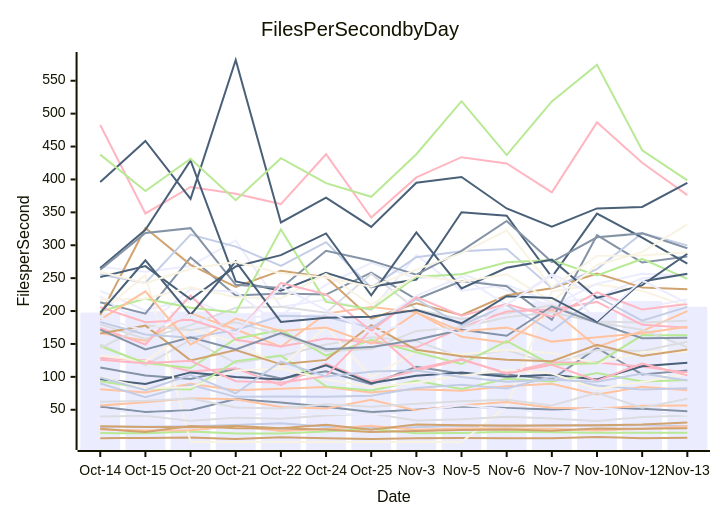
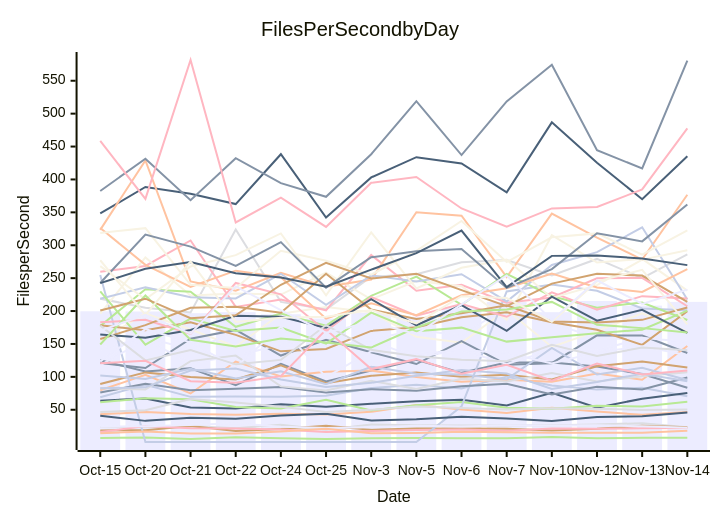
Before and after one commit to streetsidesoftware/cspell: the diagram in perf-report.md, drawn with Mermaid. The commit also changed other lines of this file and 2 other files, not shown here.

````diff
--- a/perf-report.md
+++ b/perf-report.md
@@ -11,57 +11,57 @@
 ```mermaid
 xychart-beta
     title Files Per Second by Day
     y-axis Files per Second
-    x-axis Date [Oct-14, Oct-15, Oct-20, Oct-21, Oct-22, Oct-24, Oct-25, Nov-3, Nov-5, Nov-6, Nov-7, Nov-10, Nov-12, Nov-13]
-    bar [197.65, 199.65, 199.37, 196.79, 198.31, 195.08, 188.50, 197.53, 191.30, 204.37, 213.67, 198.26, 215.23, 206.57]
-    line [114.09, 102.09, 96.85, 112.31, 97.68, 108.35, 88.82, 115.43, 104.61, 103.62, 96.31, 144.08, 103.66, 109.84]
-    line [81.28, 76.22, 89.41, 79.60, 82.04, 84.51, 76.34, 81.22, 78.86, 85.82, 89.51, 73.32, 84.82, 79.57]
-    line [149.59, 117.74, 156.35, 121.08, 131.79, 149.18, 160.21, 154.52, 129.77, 140.65, 119.71, 140.68, 139.42, 153.27]
-    line [14.53, 14.11, 17.05, 13.85, 14.03, 17.10, 21.05, 14.31, 14.75, 16.57, 15.81, 15.06, 15.24, 15.19]
-    line [6.65, 7.26, 7.96, 5.55, 8.36, 6.66, 5.63, 6.55, 6.95, 6.80, 6.70, 8.74, 6.68, 7.41]
-    line [23.92, 24.25, 24.95, 26.96, 29.32, 24.14, 22.37, 23.30, 25.53, 24.38, 26.29, 26.08, 26.42, 25.26]
-    line [128.51, 125.12, 108.27, 113.06, 87.44, 119.66, 93.04, 109.58, 126.12, 106.10, 121.67, 121.71, 115.58, 106.11]
-    line [96.45, 89.22, 106.77, 99.95, 95.97, 117.43, 90.38, 101.68, 106.46, 99.98, 103.28, 96.07, 116.03, 121.59]
-    line [197.08, 254.89, 1.00, 1.00, 1.00, 1.00, 1.00, 1.00, 1.00, 55.24, 229.88, 240.51, 230.78, 206.83]
-    line [230.72, 200.81, 218.77, 189.13, 193.68, 239.98, 273.35, 249.43, 256.58, 231.73, 207.54, 241.66, 256.57, 254.15]
-    line [54.60, 46.67, 49.27, 66.25, 61.14, 54.40, 46.46, 50.11, 54.79, 52.56, 50.32, 52.20, 51.35, 47.61]
-    line [19.97, 18.63, 18.81, 25.32, 17.74, 20.58, 25.51, 19.46, 21.60, 21.45, 21.30, 18.35, 21.09, 24.99]
-    line [39.68, 40.77, 33.11, 37.81, 36.24, 41.43, 44.03, 33.69, 35.67, 39.33, 36.78, 32.79, 39.05, 41.11]
-    line [93.39, 82.69, 80.94, 123.93, 132.34, 85.53, 79.17, 93.87, 81.75, 97.21, 92.97, 105.80, 92.86, 95.12]
-    line [20.97, 16.04, 25.16, 22.03, 21.51, 20.05, 16.33, 17.58, 19.22, 19.85, 18.09, 21.66, 21.06, 21.87]
-    line [89.92, 69.05, 88.06, 69.61, 70.25, 69.88, 71.42, 83.10, 87.87, 82.40, 100.31, 86.94, 80.60, 82.71]
-    line [482.80, 348.28, 388.55, 378.31, 362.57, 438.35, 342.13, 403.12, 433.88, 424.28, 380.40, 486.76, 425.45, 376.16]
-    line [395.99, 458.46, 370.45, 581.53, 334.74, 372.46, 327.93, 394.96, 403.82, 355.89, 328.31, 356.02, 358.21, 394.90]
-    line [132.46, 123.48, 172.40, 152.34, 114.90, 176.25, 99.39, 139.03, 134.52, 140.79, 136.42, 120.17, 137.59, 137.92]
-    line [267.21, 259.65, 268.53, 307.28, 206.33, 217.49, 201.10, 285.18, 230.89, 239.86, 212.69, 220.64, 249.81, 256.24]
-    line [213.47, 195.94, 281.48, 223.48, 226.53, 225.12, 258.41, 217.89, 245.63, 237.62, 186.76, 315.24, 273.68, 282.96]
-    line [166.56, 155.07, 196.36, 171.90, 145.85, 195.93, 206.22, 198.17, 161.08, 151.81, 202.09, 145.44, 169.46, 199.80]
-    line [179.72, 157.56, 178.54, 204.92, 206.57, 197.43, 256.60, 202.25, 187.81, 196.52, 208.74, 184.16, 182.55, 185.23]
-    line [146.49, 121.12, 113.50, 158.05, 171.36, 132.38, 156.15, 137.28, 119.47, 154.44, 118.56, 120.82, 163.18, 163.36]
-    line [194.13, 326.19, 270.15, 236.87, 261.40, 251.33, 188.47, 211.71, 193.66, 223.97, 234.72, 257.12, 235.87, 233.02]
-    line [255.64, 242.67, 316.16, 297.94, 268.60, 304.78, 235.63, 281.78, 290.77, 294.19, 235.16, 263.73, 318.29, 299.77]
-    line [174.22, 149.10, 223.58, 156.27, 146.04, 158.31, 152.20, 144.51, 175.00, 199.16, 202.30, 213.91, 179.15, 174.60]
-    line [265.30, 323.42, 429.01, 245.01, 230.93, 258.25, 236.94, 247.84, 350.22, 344.89, 251.52, 348.16, 311.63, 271.92]
-    line [100.19, 82.72, 84.05, 109.59, 112.56, 95.92, 84.60, 91.01, 101.64, 110.52, 105.15, 81.62, 92.24, 104.21]
-    line [222.25, 177.43, 233.06, 229.37, 176.10, 196.37, 177.90, 223.12, 252.36, 209.33, 256.35, 222.55, 205.03, 217.77]
-    line [262.77, 318.79, 326.00, 239.93, 235.04, 291.68, 276.40, 255.29, 291.36, 336.81, 274.44, 312.01, 318.04, 295.44]
-    line [56.41, 61.33, 67.41, 66.13, 54.31, 52.03, 65.25, 49.02, 56.78, 61.66, 53.00, 51.36, 56.25, 56.39]
-    line [143.57, 178.30, 170.91, 182.97, 163.77, 138.75, 142.39, 169.82, 175.50, 190.52, 198.14, 183.09, 171.50, 145.14]
-    line [199.34, 218.85, 204.99, 197.92, 323.88, 213.93, 202.52, 252.23, 256.11, 274.23, 277.54, 254.29, 279.19, 248.94]
-    line [165.74, 177.89, 125.02, 140.68, 119.01, 125.81, 178.69, 141.07, 131.24, 125.88, 123.88, 148.80, 131.70, 141.50]
-    line [183.41, 164.40, 159.49, 171.10, 192.78, 191.37, 174.29, 217.96, 178.42, 209.10, 170.02, 221.91, 185.33, 206.33]
-    line [125.94, 120.60, 124.47, 93.34, 91.16, 101.08, 171.93, 111.86, 126.91, 104.86, 118.31, 94.15, 120.34, 102.25]
-    line [251.58, 268.24, 217.93, 267.67, 285.04, 317.95, 223.78, 319.42, 234.42, 265.85, 278.09, 219.92, 239.43, 287.10]
-    line [217.08, 218.73, 236.08, 220.88, 219.16, 256.62, 209.53, 254.06, 244.83, 256.05, 214.61, 270.08, 289.61, 331.82]
-    line [51.39, 43.09, 46.53, 43.54, 42.59, 43.99, 42.66, 46.86, 57.12, 50.26, 44.96, 52.89, 47.17, 42.36]
-    line [171.82, 141.67, 160.22, 141.81, 166.38, 141.94, 145.19, 156.42, 171.45, 162.38, 206.93, 182.01, 158.84, 159.61]
-    line [186.96, 229.89, 148.98, 188.53, 169.56, 175.04, 150.51, 197.71, 169.15, 174.81, 153.55, 160.37, 166.32, 176.11]
-    line [62.02, 63.75, 67.15, 53.54, 51.87, 58.31, 54.40, 59.05, 63.00, 65.34, 56.44, 75.90, 53.22, 66.83]
-    line [437.77, 382.49, 431.43, 368.45, 432.30, 394.44, 373.62, 438.31, 518.91, 437.11, 518.64, 574.29, 444.36, 398.51]
-    line [25.09, 23.71, 23.43, 25.33, 21.92, 27.33, 19.75, 27.62, 26.37, 26.13, 26.22, 26.38, 27.41, 30.70]
-    line [99.02, 79.59, 103.01, 74.73, 123.30, 100.60, 107.93, 109.66, 99.65, 92.58, 95.73, 92.52, 104.99, 94.33]
-    line [205.75, 183.07, 186.73, 165.39, 242.72, 225.43, 169.80, 221.29, 193.06, 210.68, 191.30, 228.42, 202.21, 210.75]
-    line [197.43, 277.21, 193.99, 275.35, 183.43, 189.64, 191.38, 201.59, 181.36, 222.61, 220.01, 183.65, 245.06, 256.79]
-    line [259.48, 242.38, 264.24, 274.64, 257.62, 251.09, 236.85, 262.94, 287.92, 322.31, 236.45, 283.86, 284.35, 289.18]
-    line [189.91, 170.29, 194.31, 165.66, 237.49, 201.27, 167.00, 183.56, 164.82, 210.07, 254.11, 186.18, 246.80, 211.56]
+    x-axis Date [Oct-15, Oct-20, Oct-21, Oct-22, Oct-24, Oct-25, Nov-3, Nov-5, Nov-6, Nov-7, Nov-10, Nov-12, Nov-13, Nov-14]
+    bar [199.65, 199.37, 196.79, 198.31, 195.08, 188.50, 197.53, 191.30, 204.37, 213.67, 198.26, 215.23, 208.25, 213.93]
+    line [125.12, 108.27, 113.06, 87.44, 119.66, 93.04, 109.58, 126.12, 106.10, 121.67, 121.71, 115.58, 104.23, 83.53]
+    line [43.09, 46.53, 43.54, 42.59, 43.99, 42.66, 46.86, 57.12, 50.26, 44.96, 52.89, 47.17, 42.40, 46.49]
+    line [23.71, 23.43, 25.33, 21.92, 27.33, 19.75, 27.62, 26.37, 26.13, 26.22, 26.38, 27.41, 29.67, 23.35]
+    line [7.26, 7.96, 5.55, 8.36, 6.66, 5.63, 6.55, 6.95, 6.80, 6.70, 8.74, 6.68, 7.36, 7.61]
+    line [18.63, 18.81, 25.32, 17.74, 20.58, 25.51, 19.46, 21.60, 21.45, 21.30, 18.35, 21.09, 25.51, 23.45]
+    line [69.05, 88.06, 69.61, 70.25, 69.88, 71.42, 83.10, 87.87, 82.40, 100.31, 86.94, 80.60, 83.49, 70.59]
+    line [16.04, 25.16, 22.03, 21.51, 20.05, 16.33, 17.58, 19.22, 19.85, 18.09, 21.66, 21.06, 21.89, 22.23]
+    line [63.75, 67.15, 53.54, 51.87, 58.31, 54.40, 59.05, 63.00, 65.34, 56.44, 75.90, 53.22, 66.88, 75.57]
+    line [155.07, 196.36, 171.90, 145.85, 195.93, 206.22, 198.17, 161.08, 151.81, 202.09, 145.44, 169.46, 196.60, 168.58]
+    line [141.67, 160.22, 141.81, 166.38, 141.94, 145.19, 156.42, 171.45, 162.38, 206.93, 182.01, 158.84, 156.97, 188.49]
+    line [121.12, 113.50, 158.05, 171.36, 132.38, 156.15, 137.28, 119.47, 154.44, 118.56, 120.82, 163.18, 162.73, 136.21]
+    line [79.59, 103.01, 74.73, 123.30, 100.60, 107.93, 109.66, 99.65, 92.58, 95.73, 92.52, 104.99, 95.65, 147.00]
+    line [218.85, 204.99, 197.92, 323.88, 213.93, 202.52, 252.23, 256.11, 274.23, 277.54, 254.29, 279.19, 250.20, 286.12]
+    line [61.33, 67.41, 66.13, 54.31, 52.03, 65.25, 49.02, 56.78, 61.66, 53.00, 51.36, 56.25, 54.79, 62.11]
+    line [89.22, 106.77, 99.95, 95.97, 117.43, 90.38, 101.68, 106.46, 99.98, 103.28, 96.07, 116.03, 123.18, 114.29]
+    line [254.89, 1.00, 1.00, 1.00, 1.00, 1.00, 1.00, 1.00, 55.24, 229.88, 240.51, 230.78, 203.89, 201.31]
+    line [259.65, 268.53, 307.28, 206.33, 217.49, 201.10, 285.18, 230.89, 239.86, 212.69, 220.64, 249.81, 250.50, 207.30]
+    line [348.28, 388.55, 378.31, 362.57, 438.35, 342.13, 403.12, 433.88, 424.28, 380.40, 486.76, 425.45, 369.94, 435.31]
+    line [195.94, 281.48, 223.48, 226.53, 225.12, 258.41, 217.89, 245.63, 237.62, 186.76, 315.24, 273.68, 279.33, 231.03]
+    line [117.74, 156.35, 121.08, 131.79, 149.18, 160.21, 154.52, 129.77, 140.65, 119.71, 140.68, 139.42, 159.42, 152.85]
+    line [76.22, 89.41, 79.60, 82.04, 84.51, 76.34, 81.22, 78.86, 85.82, 89.51, 73.32, 84.82, 80.81, 99.04]
+    line [323.42, 429.01, 245.01, 230.93, 258.25, 236.94, 247.84, 350.22, 344.89, 251.52, 348.16, 311.63, 278.27, 376.74]
+    line [82.69, 80.94, 123.93, 132.34, 85.53, 79.17, 93.87, 81.75, 97.21, 92.97, 105.80, 92.86, 100.80, 107.05]
+    line [177.43, 233.06, 229.37, 176.10, 196.37, 177.90, 223.12, 252.36, 209.33, 256.35, 222.55, 205.03, 213.07, 186.48]
+    line [178.30, 170.91, 182.97, 163.77, 138.75, 142.39, 169.82, 175.50, 190.52, 198.14, 183.09, 171.50, 148.66, 199.78]
+    line [218.73, 236.08, 220.88, 219.16, 256.62, 209.53, 254.06, 244.83, 256.05, 214.61, 270.08, 289.61, 327.30, 217.51]
+    line [183.07, 186.73, 165.39, 242.72, 225.43, 169.80, 221.29, 193.06, 210.68, 191.30, 228.42, 202.21, 222.67, 219.23]
+    line [40.77, 33.11, 37.81, 36.24, 41.43, 44.03, 33.69, 35.67, 39.33, 36.78, 32.79, 39.05, 40.14, 45.92]
+    line [268.24, 217.93, 267.67, 285.04, 317.95, 223.78, 319.42, 234.42, 265.85, 278.09, 219.92, 239.43, 278.17, 292.48]
+    line [24.25, 24.95, 26.96, 29.32, 24.14, 22.37, 23.30, 25.53, 24.38, 26.29, 26.08, 26.42, 24.81, 22.52]
+    line [382.49, 431.43, 368.45, 432.30, 394.44, 373.62, 438.31, 518.91, 437.11, 518.64, 574.29, 444.36, 416.74, 580.71]
+    line [326.19, 270.15, 236.87, 261.40, 251.33, 188.47, 211.71, 193.66, 223.97, 234.72, 257.12, 235.87, 229.04, 263.58]
+    line [46.67, 49.27, 66.25, 61.14, 54.40, 46.46, 50.11, 54.79, 52.56, 50.32, 52.20, 51.35, 49.71, 50.55]
+    line [229.89, 148.98, 188.53, 169.56, 175.04, 150.51, 197.71, 169.15, 174.81, 153.55, 160.37, 166.32, 171.57, 200.54]
+    line [157.56, 178.54, 204.92, 206.57, 197.43, 256.60, 202.25, 187.81, 196.52, 208.74, 184.16, 182.55, 186.64, 205.47]
+    line [102.09, 96.85, 112.31, 97.68, 108.35, 88.82, 115.43, 104.61, 103.62, 96.31, 144.08, 103.66, 113.77, 95.10]
+    line [458.46, 370.45, 581.53, 334.74, 372.46, 327.93, 394.96, 403.82, 355.89, 328.31, 356.02, 358.21, 384.78, 477.75]
+    line [164.40, 159.49, 171.10, 192.78, 191.37, 174.29, 217.96, 178.42, 209.10, 170.02, 221.91, 185.33, 201.98, 166.87]
+    line [318.79, 326.00, 239.93, 235.04, 291.68, 276.40, 255.29, 291.36, 336.81, 274.44, 312.01, 318.04, 285.73, 322.75]
+    line [123.48, 172.40, 152.34, 114.90, 176.25, 99.39, 139.03, 134.52, 140.79, 136.42, 120.17, 137.59, 146.37, 132.87]
+    line [242.67, 316.16, 297.94, 268.60, 304.78, 235.63, 281.78, 290.77, 294.19, 235.16, 263.73, 318.29, 305.89, 361.85]
+    line [14.11, 17.05, 13.85, 14.03, 17.10, 21.05, 14.31, 14.75, 16.57, 15.81, 15.06, 15.24, 15.00, 18.25]
+    line [177.89, 125.02, 140.68, 119.01, 125.81, 178.69, 141.07, 131.24, 125.88, 123.88, 148.80, 131.70, 144.48, 140.36]
+    line [149.10, 223.58, 156.27, 146.04, 158.31, 152.20, 144.51, 175.00, 199.16, 202.30, 213.91, 179.15, 174.06, 167.47]
+    line [200.81, 218.77, 189.13, 193.68, 239.98, 273.35, 249.43, 256.58, 231.73, 207.54, 241.66, 256.57, 253.87, 213.91]
+    line [82.72, 84.05, 109.59, 112.56, 95.92, 84.60, 91.01, 101.64, 110.52, 105.15, 81.62, 92.24, 104.72, 93.23]
+    line [120.60, 124.47, 93.34, 91.16, 101.08, 171.93, 111.86, 126.91, 104.86, 118.31, 94.15, 120.34, 103.60, 109.72]
+    line [242.38, 264.24, 274.64, 257.62, 251.09, 236.85, 262.94, 287.92, 322.31, 236.45, 283.86, 284.35, 279.96, 269.81]
+    line [277.21, 193.99, 275.35, 183.43, 189.64, 191.38, 201.59, 181.36, 222.61, 220.01, 183.65, 245.06, 262.64, 179.75]
+    line [170.29, 194.31, 165.66, 237.49, 201.27, 167.00, 183.56, 164.82, 210.07, 254.11, 186.18, 246.80, 210.80, 232.58]
 ```
````
